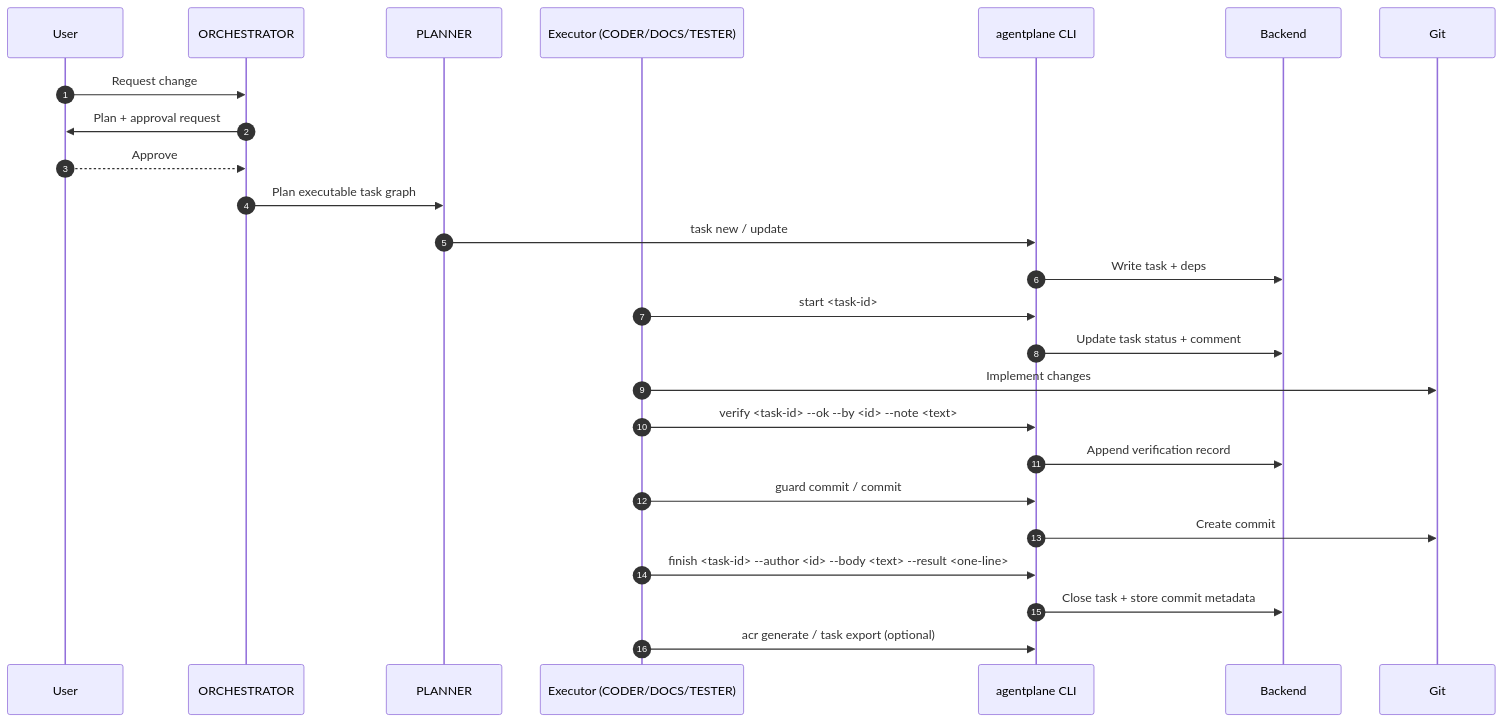
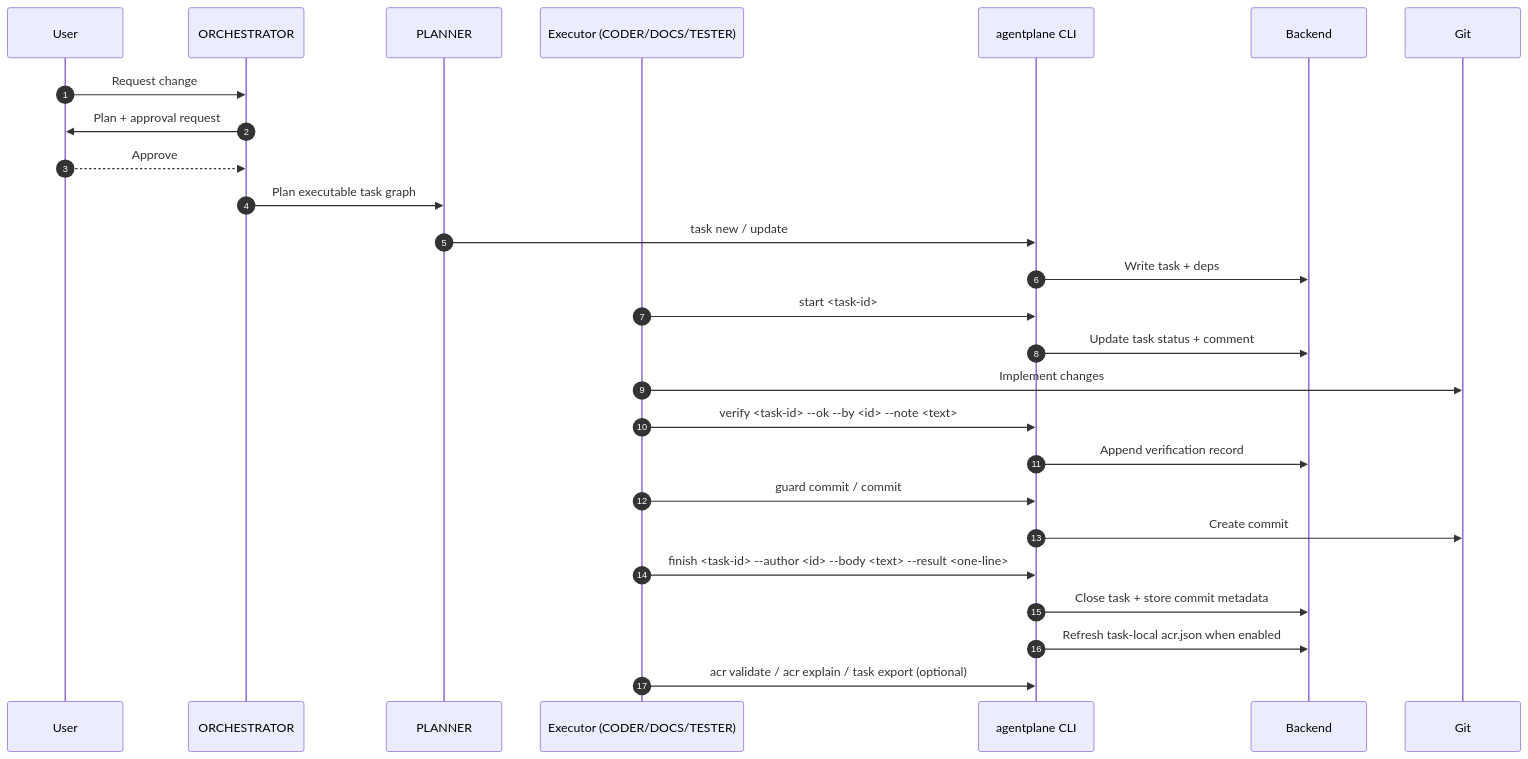
Before and after one commit to basilisk-labs/agentplane: the second of 3 diagrams in docs/user/task-lifecycle.mdx, drawn with Mermaid. The commit also changed other lines of this file and 33 other files, not shown here.

First line of the commit message:
🧩 886KZ6 code: complete ACR v0.1 CLI and finish integration

````diff
--- a/docs/user/task-lifecycle.mdx
+++ b/docs/user/task-lifecycle.mdx
@@ -113,28 +114,29 @@
 ```mermaid
 sequenceDiagram
   autonumber
   participant U as User
   participant O as ORCHESTRATOR
   participant P as PLANNER
   participant E as Executor (CODER/DOCS/TESTER)
   participant CLI as agentplane CLI
   participant B as Backend
   participant G as Git
 
   U->>O: Request change
   O->>U: Plan + approval request
   U-->>O: Approve
   O->>P: Plan executable task graph
   P->>CLI: task new / update
   CLI->>B: Write task + deps
   E->>CLI: start <task-id>
   CLI->>B: Update task status + comment
   E->>G: Implement changes
   E->>CLI: verify <task-id> --ok --by <id> --note <text>
   CLI->>B: Append verification record
   E->>CLI: guard commit / commit
   CLI->>G: Create commit
   E->>CLI: finish <task-id> --author <id> --body <text> --result <one-line>
   CLI->>B: Close task + store commit metadata
-  E->>CLI: acr generate / task export (optional)
+  CLI->>B: Refresh task-local acr.json when enabled
+  E->>CLI: acr validate / acr explain / task export (optional)
 ```
````
